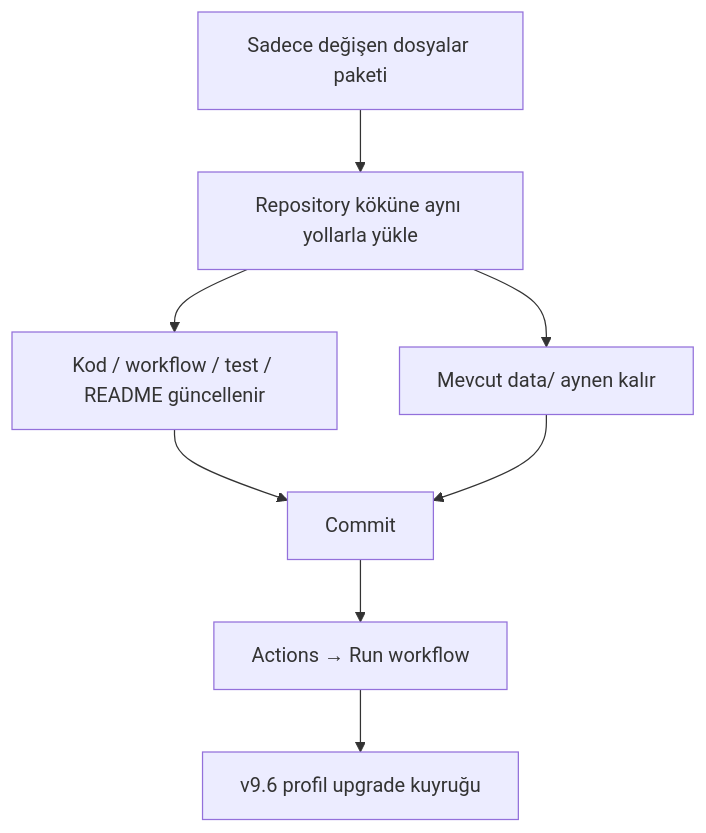
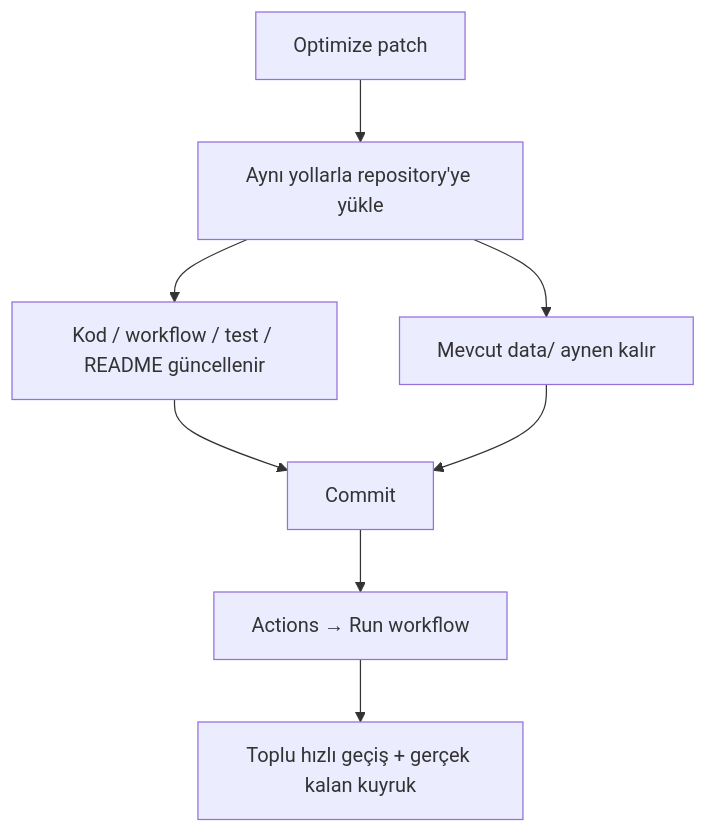
One commit to egemenkarabulut/PiyasaNabzi-KAP-YAT changed diagram 15 of 18 in README.md. Above: the diagram before and after it, drawn with Mermaid. The commit also changed other lines of this file and 3 other files, not shown here.

````diff
--- a/README.md
+++ b/README.md
@@ -597,10 +573,10 @@
 ```mermaid
 flowchart TD
-    A["Sadece değişen dosyalar paketi"] --> B["Repository köküne aynı yollarla yükle"]
+    A["Optimize patch"] --> B["Aynı yollarla repository'ye yükle"]
     B --> C["Kod / workflow / test / README güncellenir"]
     B --> D["Mevcut data/ aynen kalır"]
     C --> E["Commit"]
     D --> E
     E --> F["Actions → Run workflow"]
-    F --> G["v9.6 profil upgrade kuyruğu"]
+    F --> G["Toplu hızlı geçiş + gerçek kalan kuyruk"]
 ```
````
